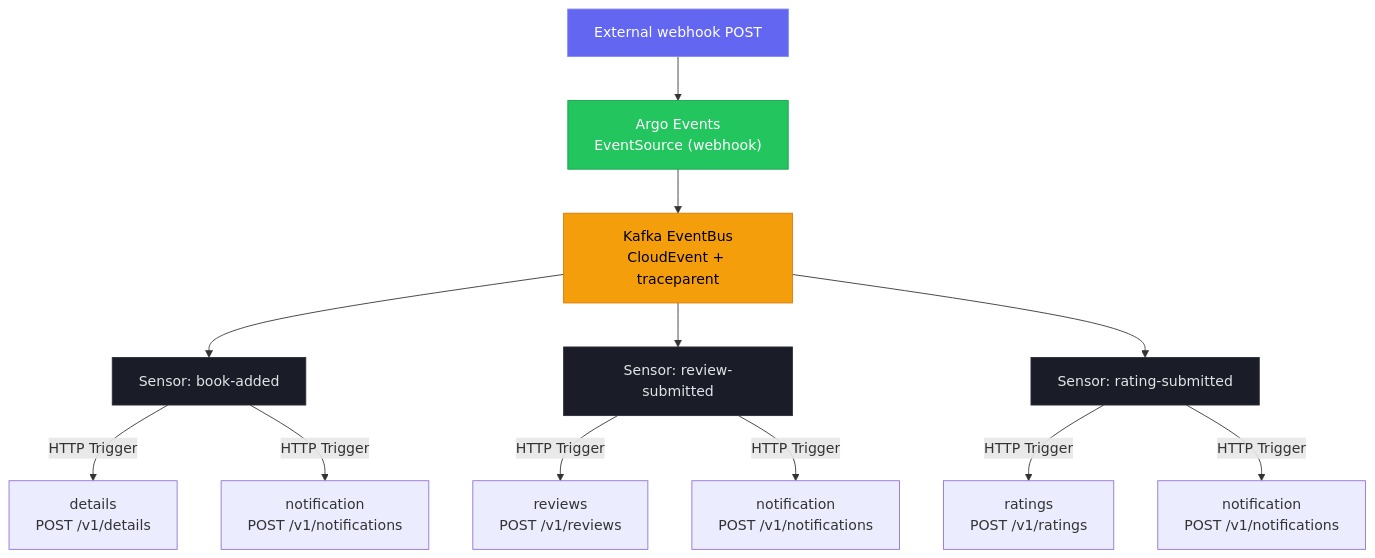
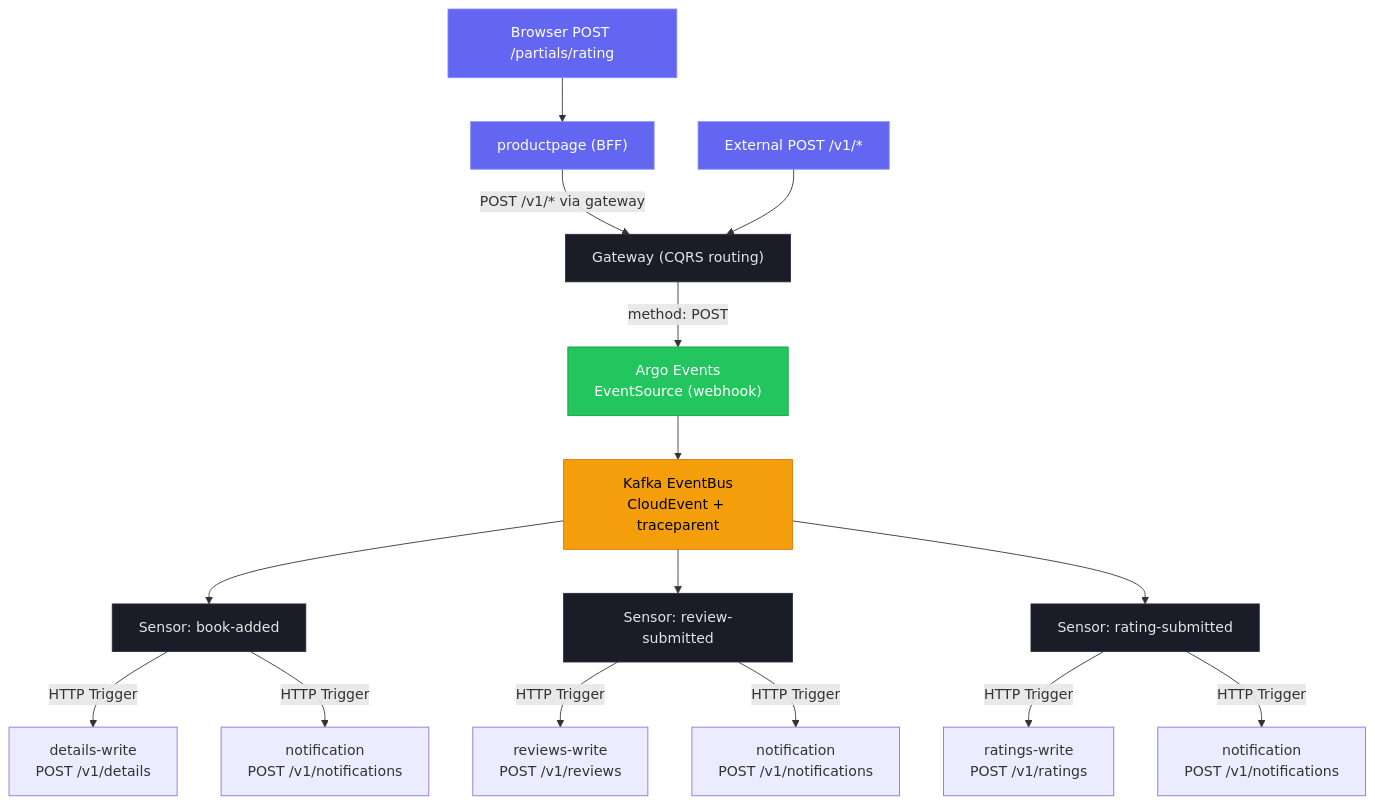
Before and after one commit to kaio6fellipe/event-driven-bookinfo: the second of 3 diagrams in README.md, drawn with Mermaid. The commit also changed other lines of this file and 70 other files, not shown here.

First line of the commit message:
feat: local k8s environment with CQRS gateway routing and full observability (#3)

````diff
--- a/README.md
+++ b/README.md
@@ -32,40 +32,49 @@
 ```mermaid
 graph TD
-    WH["External webhook POST"]
+    Browser["Browser POST /partials/rating"]
+    PP["productpage (BFF)"]
+    GW["Gateway (CQRS routing)"]
+    WH["External POST /v1/*"]
     ES["Argo Events<br/>EventSource (webhook)"]
     K["Kafka EventBus<br/>CloudEvent + traceparent"]
 
     S1["Sensor: book-added"]
     S2["Sensor: review-submitted"]
     S3["Sensor: rating-submitted"]
 
-    D["details<br/>POST /v1/details"]
-    R["reviews<br/>POST /v1/reviews"]
-    RT["ratings<br/>POST /v1/ratings"]
+    D["details-write<br/>POST /v1/details"]
+    R["reviews-write<br/>POST /v1/reviews"]
+    RT["ratings-write<br/>POST /v1/ratings"]
     N1["notification<br/>POST /v1/notifications"]
     N2["notification<br/>POST /v1/notifications"]
     N3["notification<br/>POST /v1/notifications"]
 
-    WH --> ES
+    Browser --> PP
+    PP -->|"POST /v1/* via gateway"| GW
+    WH --> GW
+    GW -->|"method: POST"| ES
     ES --> K
 
     K --> S1
     K --> S2
     K --> S3
 
     S1 -->|HTTP Trigger| D
     S1 -->|HTTP Trigger| N1
 
     S2 -->|HTTP Trigger| R
     S2 -->|HTTP Trigger| N2
 
     S3 -->|HTTP Trigger| RT
     S3 -->|HTTP Trigger| N3
 
+    style Browser fill:#6366f1,color:#fff,stroke:#818cf8
+    style PP fill:#6366f1,color:#fff,stroke:#818cf8
+    style GW fill:#1a1d27,color:#e4e4e7,stroke:#2a2d3a
     style WH fill:#6366f1,color:#fff,stroke:#818cf8
     style ES fill:#22c55e,color:#fff,stroke:#16a34a
     style K fill:#f59e0b,color:#000,stroke:#d97706
     style S1 fill:#1a1d27,color:#e4e4e7,stroke:#2a2d3a
     style S2 fill:#1a1d27,color:#e4e4e7,stroke:#2a2d3a
     style S3 fill:#1a1d27,color:#e4e4e7,stroke:#2a2d3a
 ```
````
